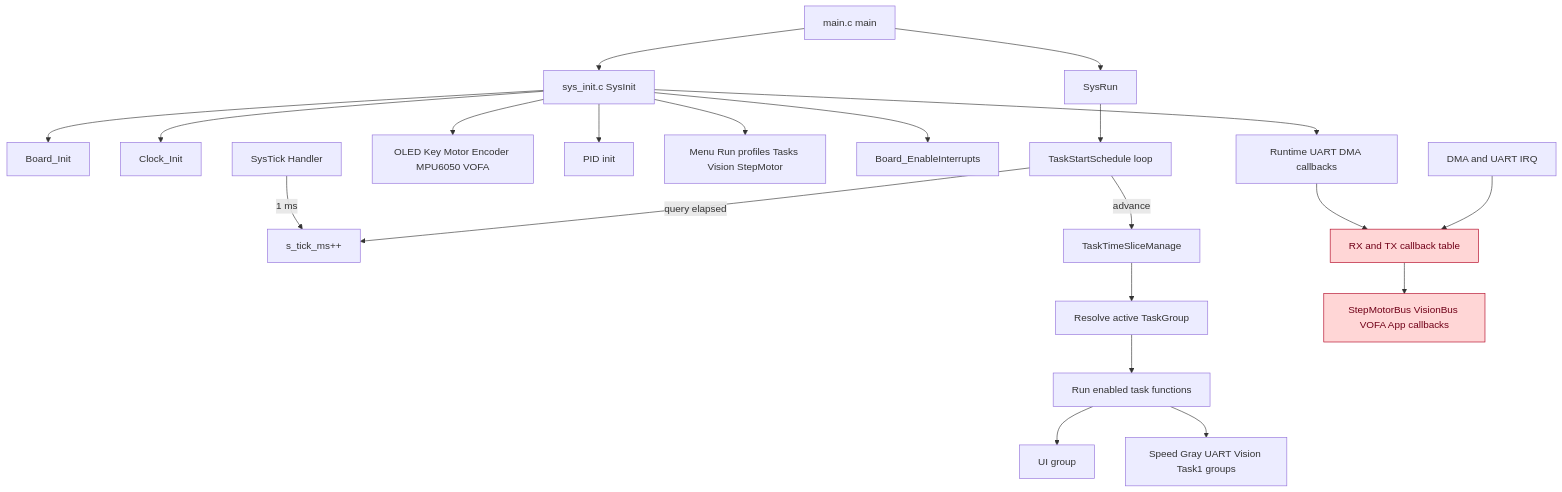
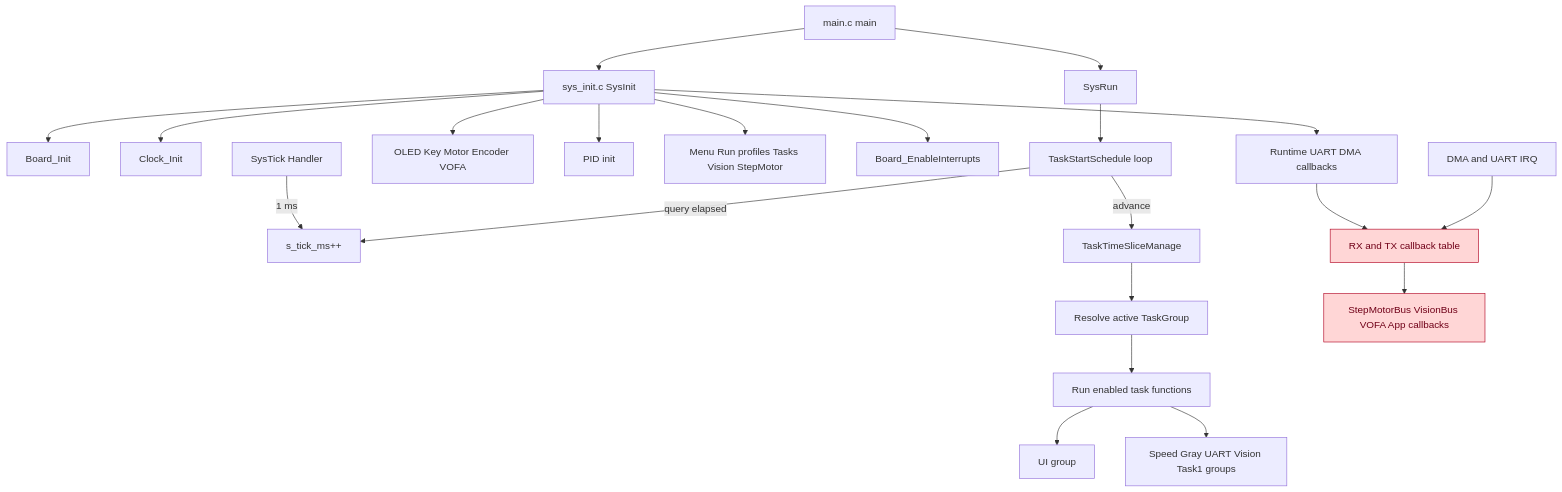
Before and after one commit to AigisYangyan/2026_NUEDC: the third of 6 diagrams in agent/api_architecture_topology.md, drawn with Mermaid. The commit also changed other lines of this file and 6 other files, not shown here.

````diff
--- a/agent/api_architecture_topology.md
+++ b/agent/api_architecture_topology.md
@@ -493,28 +478,28 @@
 ```mermaid
 flowchart TD
   Main[main.c main] --> SysInit[sys_init.c SysInit]
   SysInit --> BoardInit[Board_Init]
   SysInit --> ClockInit[Clock_Init]
   SysInit --> RuntimeInit[Runtime UART DMA callbacks]
-  SysInit --> DriverInit[OLED Key Motor Encoder MPU6050 VOFA]
+  SysInit --> DriverInit[OLED Key Motor Encoder VOFA]
   SysInit --> MiddlewareInit[PID init]
   SysInit --> AppInit[Menu Run profiles Tasks Vision StepMotor]
   SysInit --> BoardIRQ[Board_EnableInterrupts]
   Main --> SysRun[SysRun]
   SysRun --> SchedulerLoop[TaskStartSchedule loop]
 
   SysTick[SysTick Handler] -->|1 ms| TickMs[s_tick_ms++]
   SchedulerLoop -->|query elapsed| TickMs
   SchedulerLoop -->|advance| TimeSlice[TaskTimeSliceManage]
   TimeSlice --> ActiveGroup[Resolve active TaskGroup]
   ActiveGroup --> TaskFlags[Run enabled task functions]
   TaskFlags --> UIGroup[UI group]
   TaskFlags --> FeatureGroups[Speed Gray UART Vision Task1 groups]
 
   RuntimeInit --> CallbackTable[RX and TX callback table]
   DMAIRQ[DMA and UART IRQ] --> CallbackTable
   CallbackTable --> AppISR[StepMotorBus VisionBus VOFA App callbacks]
 
   classDef violation fill:#ffd6d6,stroke:#b00020,color:#700018
   class CallbackTable,AppISR violation
 ```
````
